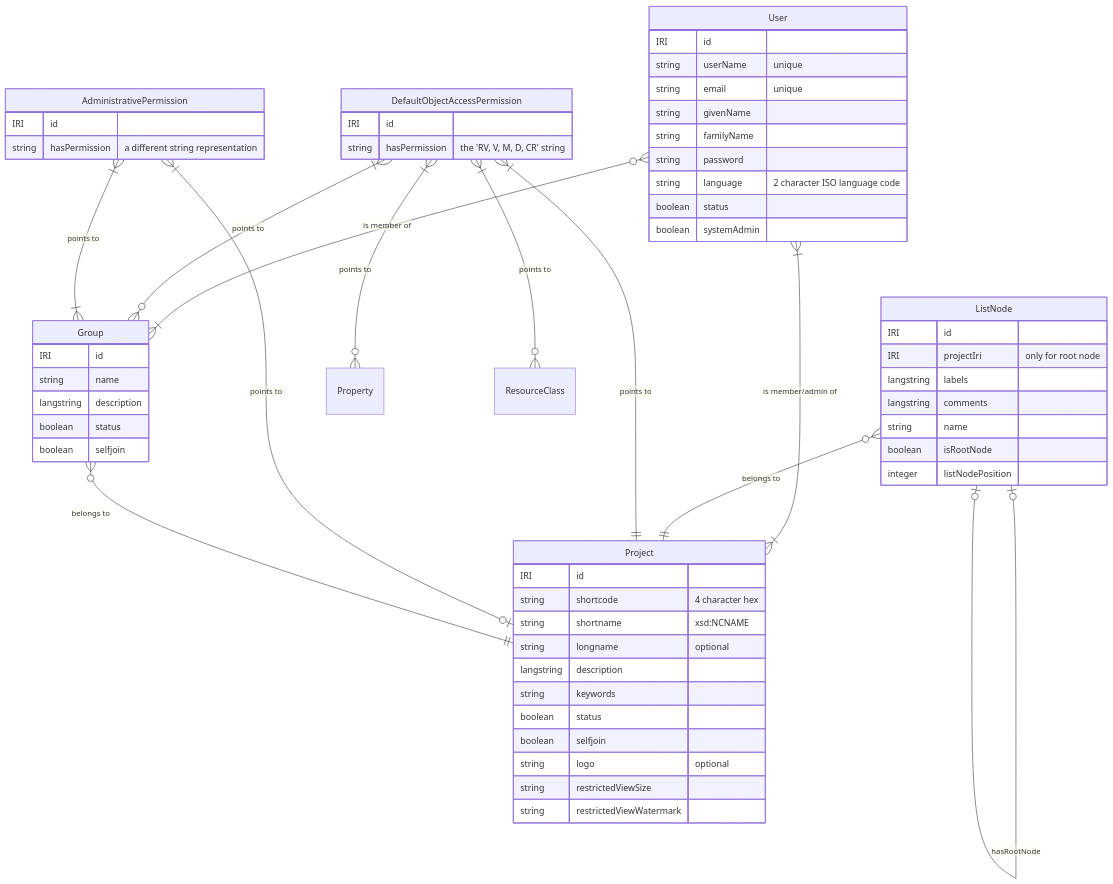
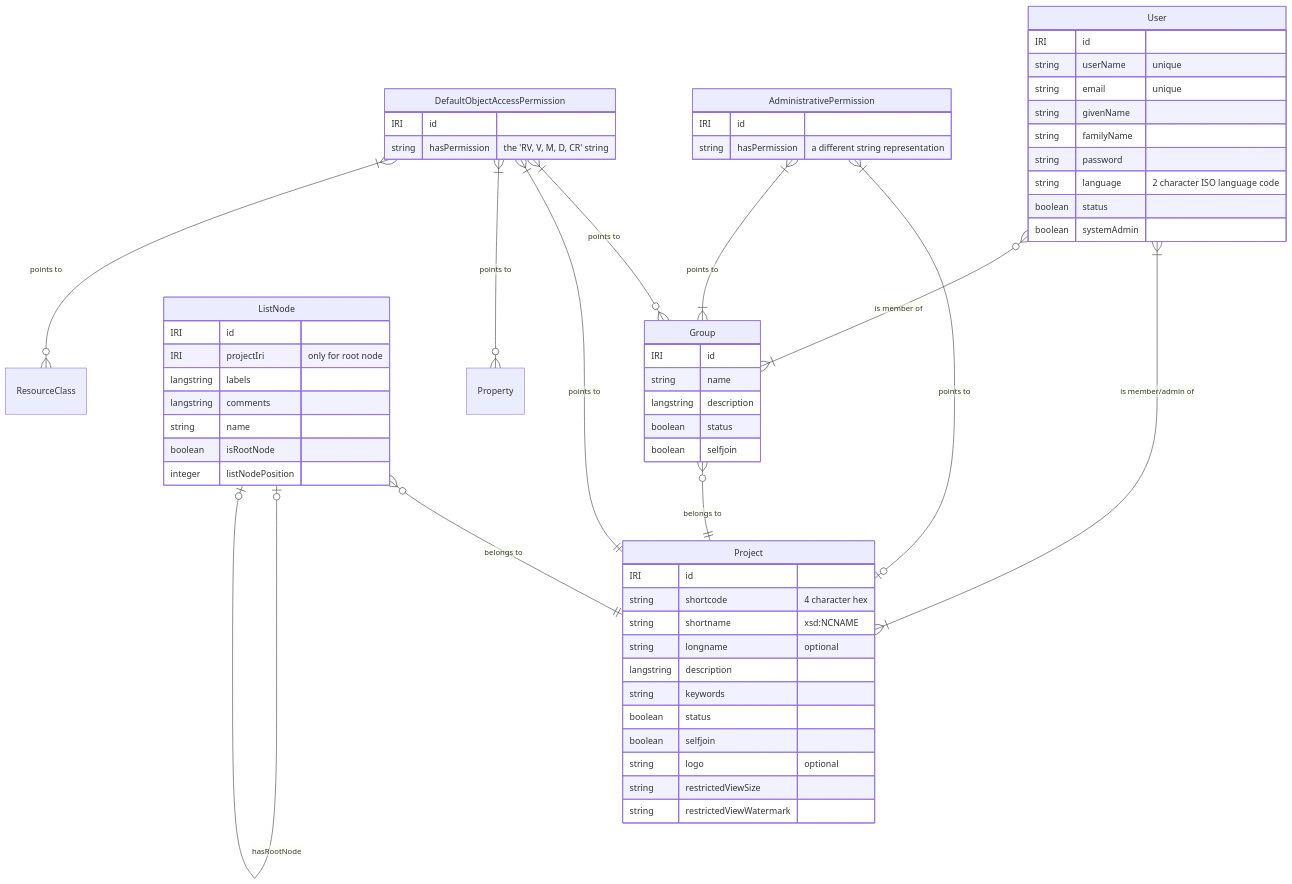
The first of 4 diagrams in docs/05-internals/design/domain/domain-entities-and-relations.md (dasch-swiss/dsp-api), drawn with Mermaid before and after one commit. The commit also changed 1 other file, not shown here.

Commit message:
beautify diagrams

````diff
--- a/docs/05-internals/design/domain/domain-entities-and-relations.md
+++ b/docs/05-internals/design/domain/domain-entities-and-relations.md
@@ -29,68 +29,70 @@
 ```mermaid
 erDiagram
     %% entities
     User {
         IRI id
         string userName "unique"
         string email "unique"
         string givenName
         string familyName
         string password
         string language "2 character ISO language code"
         boolean status
         boolean systemAdmin
     }
     Project {
         IRI id
         string shortcode "4 character hex"
         string shortname "xsd:NCNAME"
         string longname "optional"
         langstring description
         string keywords
         boolean status
         boolean selfjoin
         string logo "optional"
         string restrictedViewSize
         string restrictedViewWatermark
     }
     Group {
         IRI id
         string name
         langstring description
         boolean status
         boolean selfjoin
     }
     ListNode {
         IRI id
         IRI projectIri "only for root node"
         langstring labels
         langstring comments
         string name
         boolean isRootNode
         integer listNodePosition
     }
     DefaultObjectAccessPermission {
         IRI id
         string hasPermission "the 'RV, V, M, D, CR' string"
     }
     AdministrativePermission {
         IRI id
         string hasPermission "a different string representation"
     }
     Property {}
     ResourceClass {}
 
     %% relations
     User }|--|{ Project: "is member/admin of"
     User }o--|{ Group: "is member of"
+    Group }o--|| Project: "belongs to"
     ListNode }o--|| Project: "belongs to"
     ListNode }o--o{ ListNode: "hasSubListNode"
     ListNode |o--o| ListNode: "hasRootNode"
+    AdministrativePermission |{--o| Project: "points to"
+    AdministrativePermission |{--|{ Group: "points to"
+    
+    DefaultObjectAccessPermission |{--o{ Group: "points to"
     DefaultObjectAccessPermission |{--|| Project: "points to"
-    DefaultObjectAccessPermission |{--o{ Group: "points to"
     DefaultObjectAccessPermission |{--o{ Property: "points to"
     DefaultObjectAccessPermission |{--o{ ResourceClass: "points to"
-    AdministrativePermission |{--o| Project: "points to"
-    AdministrativePermission |{--|{ Group: "points to"
-    Group }o--|| Project: "belongs to"
+    
 ```
````
